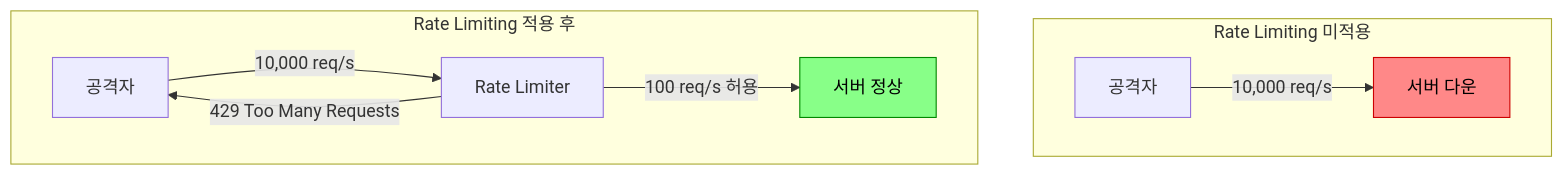
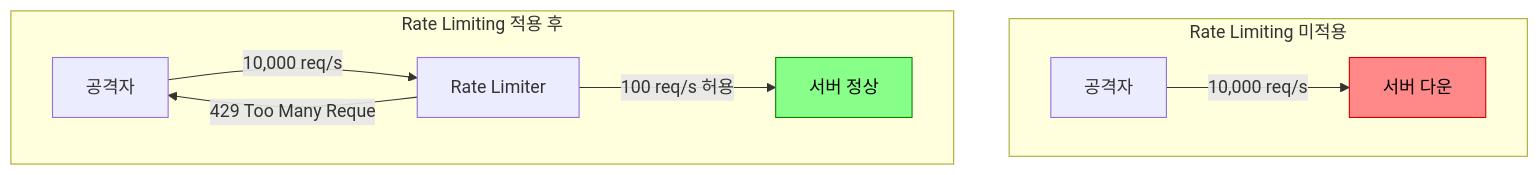
The first of 13 diagrams in _posts/spring/2026-05-01-rate-limiting.md (yjkim2015/yjkim2015.github.io), drawn with Mermaid before and after one commit. The commit also changed other lines of this file and 271 other files, not shown here.

First line of the commit message:
Mermaid 라벨 축소: 긴 노드 텍스트 18자 이하로 트림 + \n 제거

````diff
--- a/_posts/spring/2026-05-01-rate-limiting.md
+++ b/_posts/spring/2026-05-01-rate-limiting.md
@@ -23,13 +23,13 @@
 ```mermaid
 graph TD
     subgraph BEFORE["Rate Limiting 미적용"]
         A1["공격자"] -->|"10,000 req/s"| S1["서버 다운"]
     end
     subgraph AFTER["Rate Limiting 적용 후"]
         A2["공격자"] -->|"10,000 req/s"| RL["Rate Limiter"]
         RL -->|"100 req/s 허용"| S2["서버 정상"]
-        RL -->|"429 Too Many Requests"| A2
+        RL -->|"429 Too Many Reque"| A2
     end
     style S1 fill:#f88,stroke:#c00,color:#000
     style S2 fill:#8f8,stroke:#080,color:#000
 ```
````
